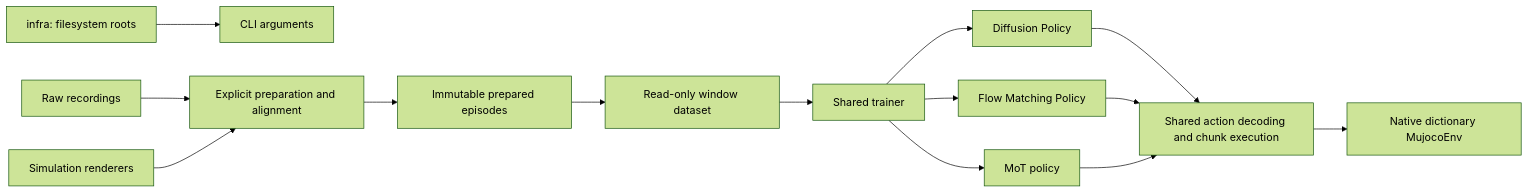
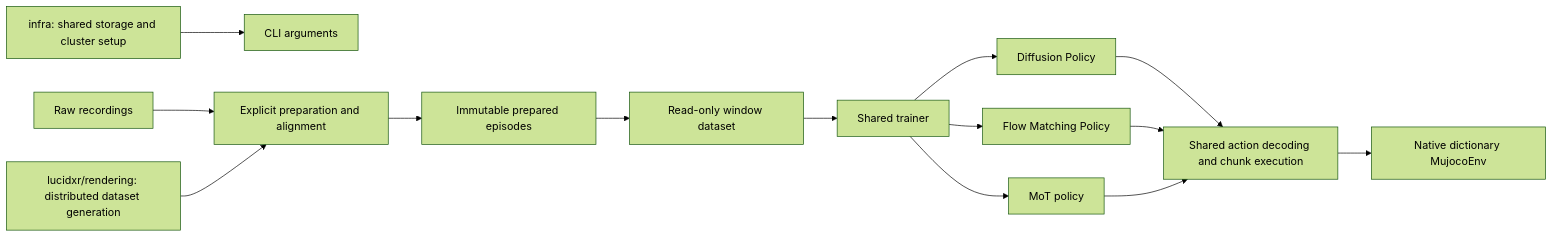
One commit to yravan/lucidxr changed the diagram in training/README.md. Above: the diagram before and after it, drawn with Mermaid (forest theme). The commit also changed other lines of this file and 4 other files, not shown here.

Commit message:
Plan rendering and shared infrastructure before training

````diff
--- a/training/README.md
+++ b/training/README.md
@@ -31,16 +33,16 @@
 ```mermaid
 flowchart LR
-    I[infra: filesystem roots] --> C[CLI arguments]
+    I[infra: shared storage and cluster setup] --> C[CLI arguments]
     R[Raw recordings] --> P[Explicit preparation and alignment]
-    S[Simulation renderers] --> P
+    S[lucidxr/rendering: distributed dataset generation] --> P
     P --> D[Immutable prepared episodes]
     D --> L[Read-only window dataset]
     L --> T[Shared trainer]
     T --> DP[Diffusion Policy]
     T --> FM[Flow Matching Policy]
     T --> M[MoT policy]
     DP --> A[Shared action decoding and chunk execution]
     FM --> A
     M --> A
     A --> E[Native dictionary MujocoEnv]
 ```
````
